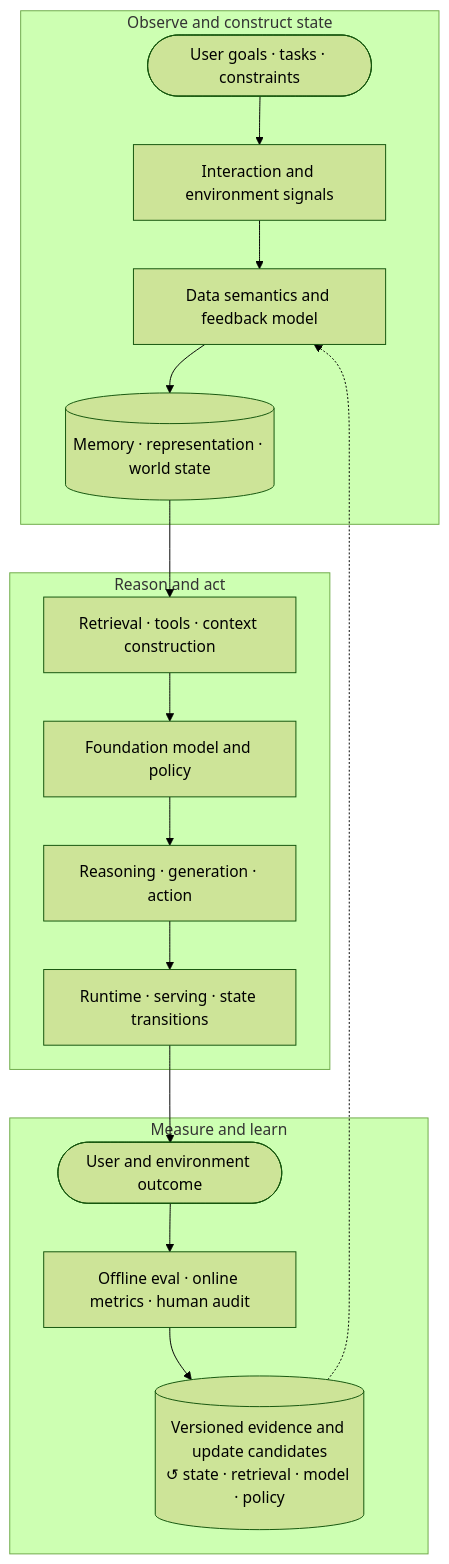
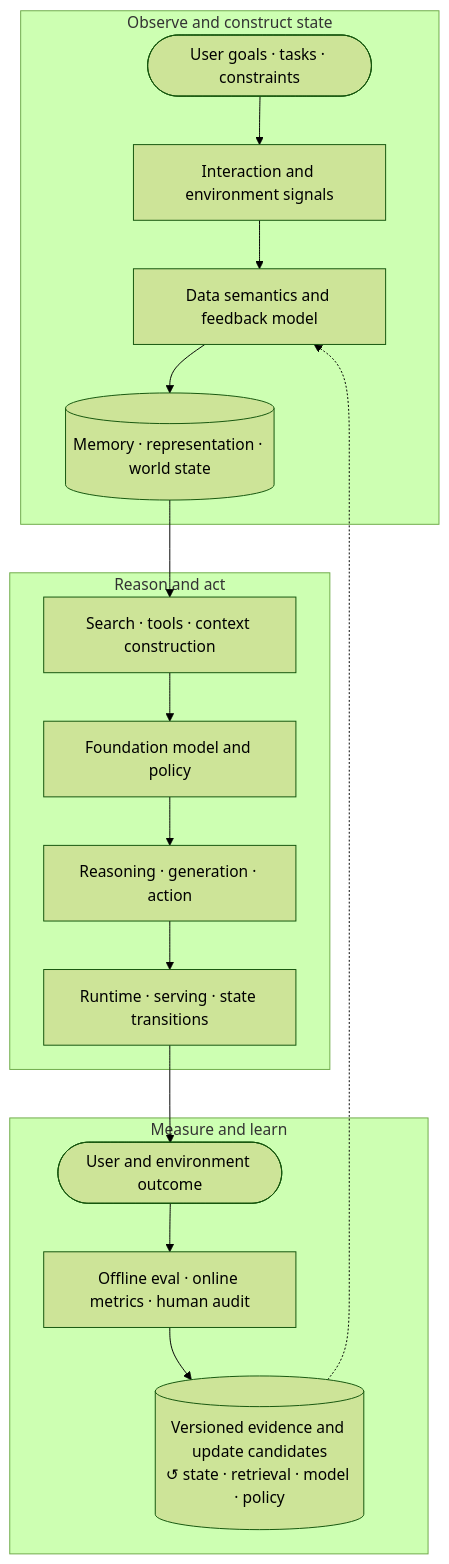
Before and after one commit to tianyi-zhang-02/cooking-agi: the first of 2 diagrams in 06-systems/README.en.md, drawn with Mermaid (forest theme). The commit also changed other lines of this file and 57 other files, not shown here.

````diff
--- a/06-systems/README.en.md
+++ b/06-systems/README.en.md
@@ -11,23 +29,23 @@
 ```mermaid
 flowchart TD
     subgraph O["Observe and construct state"]
         A(["User goals · tasks · constraints"]) --> B["Interaction and environment signals"]
         B --> C["Data semantics and feedback model"]
         C --> D[("Memory · representation · world state")]
     end
 
     subgraph A1["Reason and act"]
-        E["Retrieval · tools · context construction"] --> F["Foundation model and policy"]
+        E["Search · tools · context construction"] --> F["Foundation model and policy"]
         F --> G["Reasoning · generation · action"]
         G --> H["Runtime · serving · state transitions"]
     end
 
     subgraph L["Measure and learn"]
         I(["User and environment outcome"]) --> J["Offline eval · online metrics · human audit"]
         J --> K[("Versioned evidence and update candidates<br/>↺ state · retrieval · model · policy")]
     end
 
     D --> E
     H --> I
     K -.-> C
 ```
````
